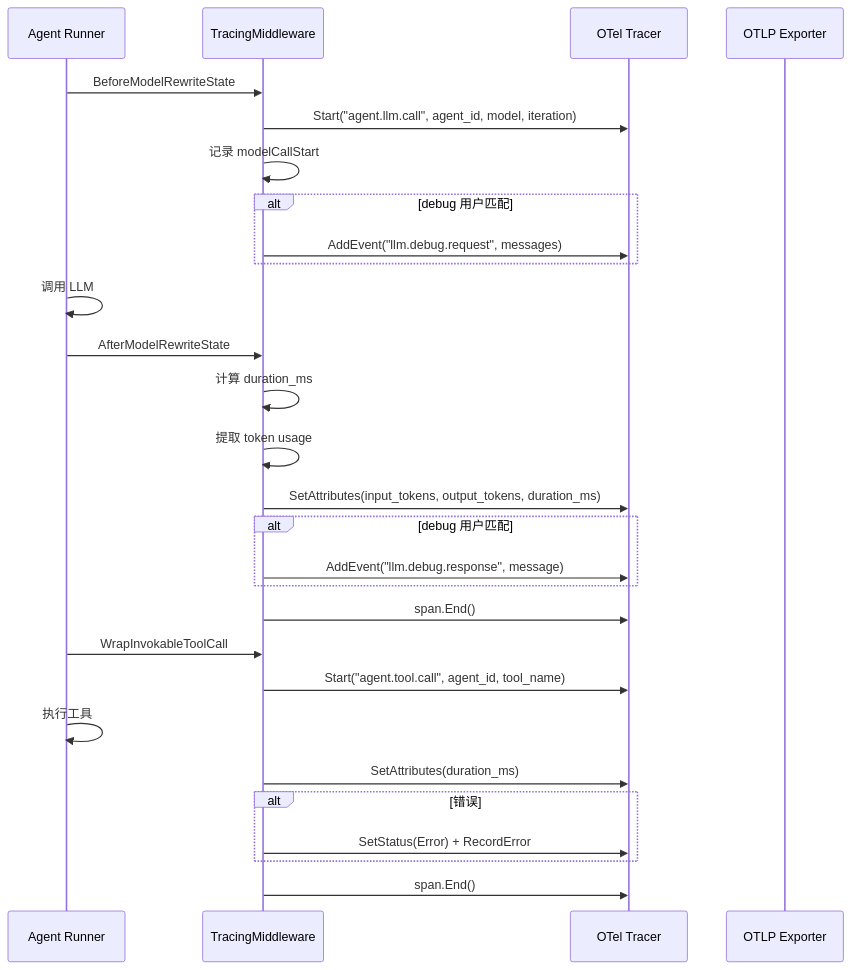
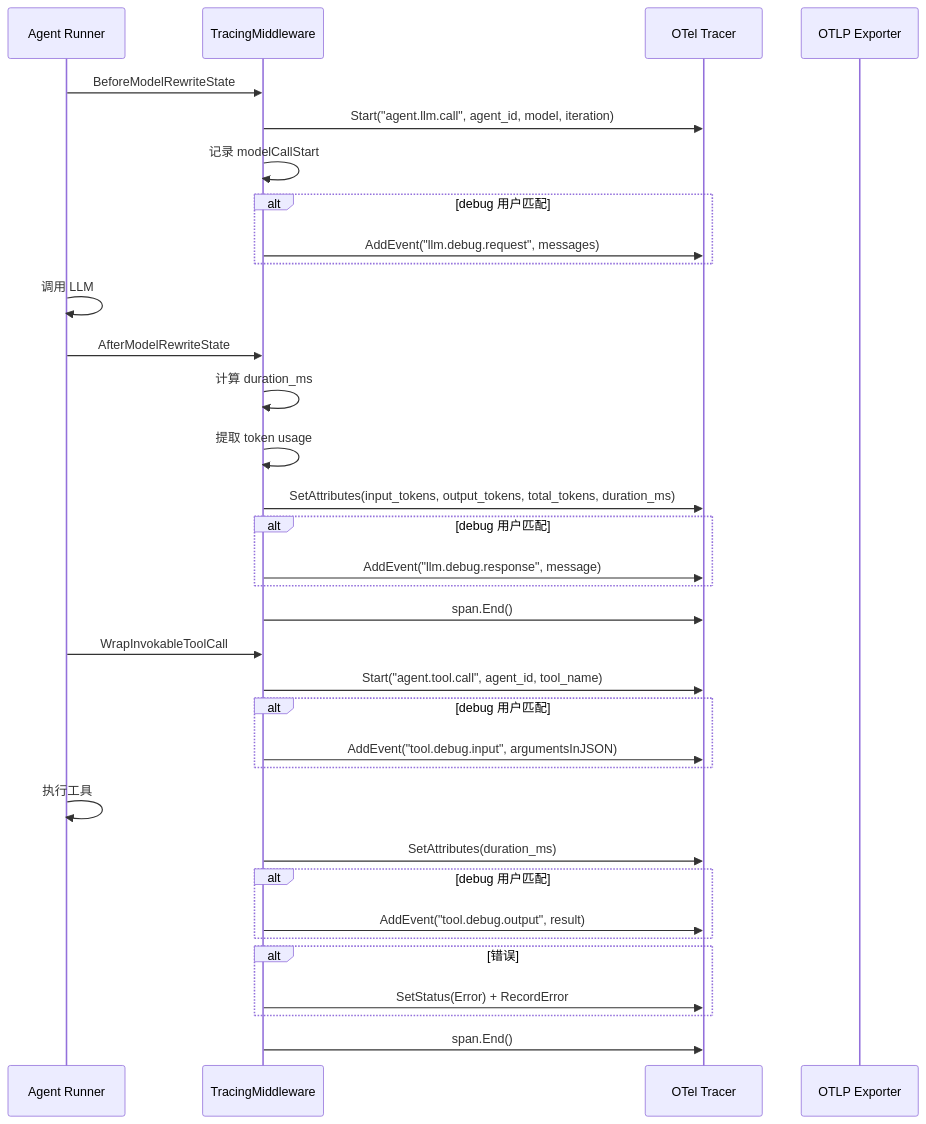
Diagram 13 of 15 in wiki/flows/cli-observability.md (PineappleBond/xyncra-server), drawn with Mermaid before and after one commit. The commit also changed other lines of this file and 21 other files, not shown here.

First line of the commit message:
docs(wiki): fix accuracy and completeness issues across all flow documents

````diff
--- a/wiki/flows/cli-observability.md
+++ b/wiki/flows/cli-observability.md
@@ -613,33 +626,39 @@
 ```mermaid
 sequenceDiagram
     participant Agent as Agent Runner
     participant TM as TracingMiddleware
     participant OTel as OTel Tracer
     participant Exporter as OTLP Exporter
 
     Agent->>TM: BeforeModelRewriteState
     TM->>OTel: Start("agent.llm.call", agent_id, model, iteration)
     TM->>TM: 记录 modelCallStart
     alt debug 用户匹配
         TM->>OTel: AddEvent("llm.debug.request", messages)
     end
 
     Agent->>Agent: 调用 LLM
     Agent->>TM: AfterModelRewriteState
     TM->>TM: 计算 duration_ms
     TM->>TM: 提取 token usage
-    TM->>OTel: SetAttributes(input_tokens, output_tokens, duration_ms)
+    TM->>OTel: SetAttributes(input_tokens, output_tokens, total_tokens, duration_ms)
     alt debug 用户匹配
         TM->>OTel: AddEvent("llm.debug.response", message)
     end
     TM->>OTel: span.End()
 
     Agent->>TM: WrapInvokableToolCall
     TM->>OTel: Start("agent.tool.call", agent_id, tool_name)
+    alt debug 用户匹配
+        TM->>OTel: AddEvent("tool.debug.input", argumentsInJSON)
+    end
     Agent->>Agent: 执行工具
     TM->>OTel: SetAttributes(duration_ms)
+    alt debug 用户匹配
+        TM->>OTel: AddEvent("tool.debug.output", result)
+    end
     alt 错误
         TM->>OTel: SetStatus(Error) + RecordError
     end
     TM->>OTel: span.End()
 ```
````
